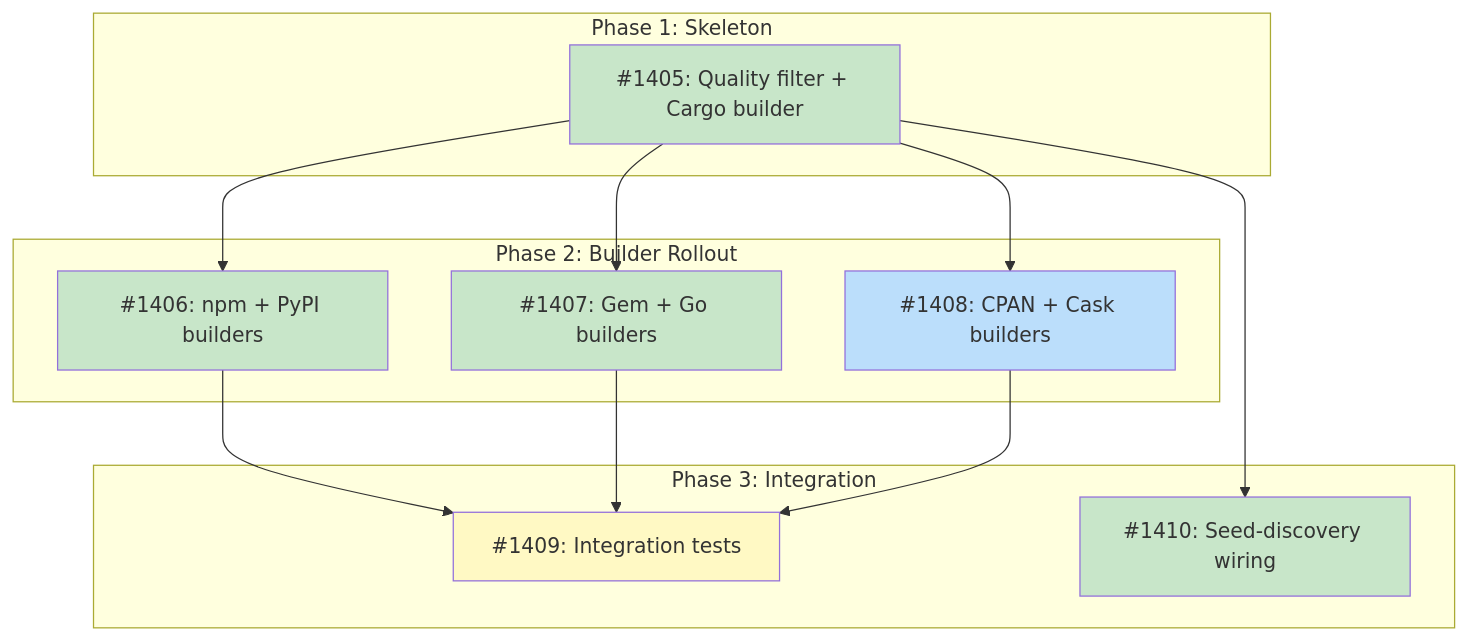
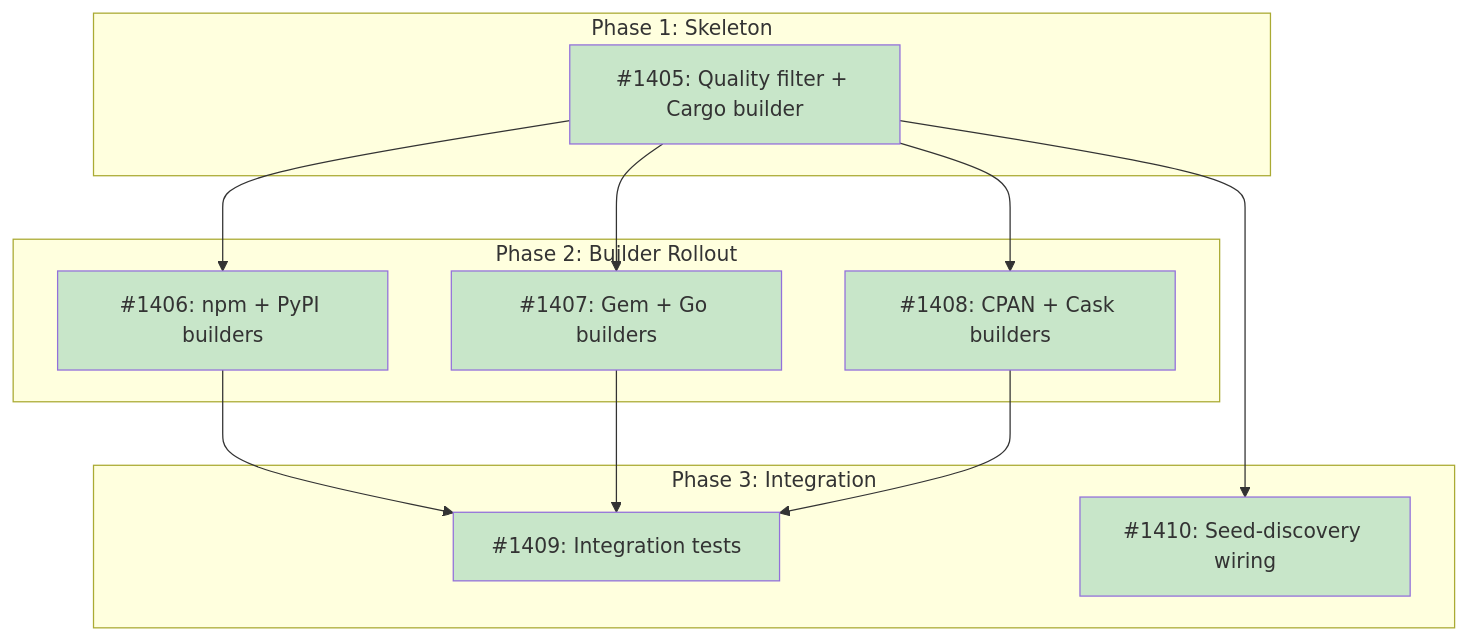
Before and after one commit to tsukumogami/tsuku: the diagram in docs/designs/DESIGN-probe-quality-filtering.md, drawn with Mermaid. The commit also changed other lines of this file and 7 other files, not shown here.

````diff
--- a/docs/designs/DESIGN-probe-quality-filtering.md
+++ b/docs/designs/DESIGN-probe-quality-filtering.md
@@ -38,37 +38,37 @@
 ```mermaid
 graph TD
     subgraph Phase1["Phase 1: Skeleton"]
         I1405["#1405: Quality filter + Cargo builder"]
     end
 
     subgraph Phase2["Phase 2: Builder Rollout"]
         I1406["#1406: npm + PyPI builders"]
         I1407["#1407: Gem + Go builders"]
         I1408["#1408: CPAN + Cask builders"]
     end
 
     subgraph Phase3["Phase 3: Integration"]
         I1409["#1409: Integration tests"]
         I1410["#1410: Seed-discovery wiring"]
     end
 
     I1405 --> I1406
     I1405 --> I1407
     I1405 --> I1408
     I1406 --> I1409
     I1407 --> I1409
     I1408 --> I1409
     I1405 --> I1410
 
     classDef done fill:#c8e6c9
     classDef ready fill:#bbdefb
     classDef blocked fill:#fff9c4
     classDef needsDesign fill:#e1bee7
 
     class I1405 done
     class I1406 done
     class I1407 done
-    class I1408 ready
+    class I1408 done
+    class I1409 done
     class I1410 done
-    class I1409 blocked
 ```
````
